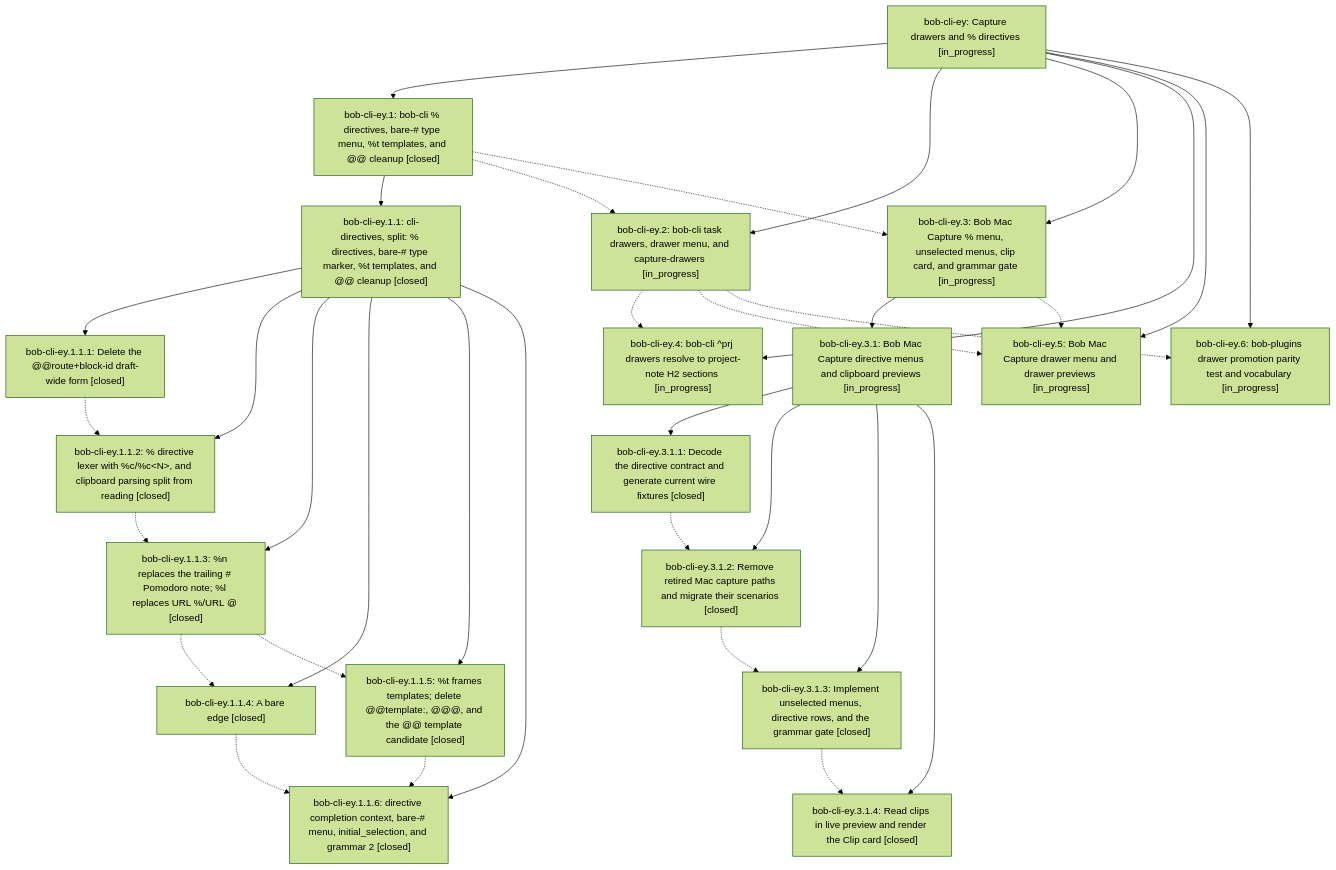
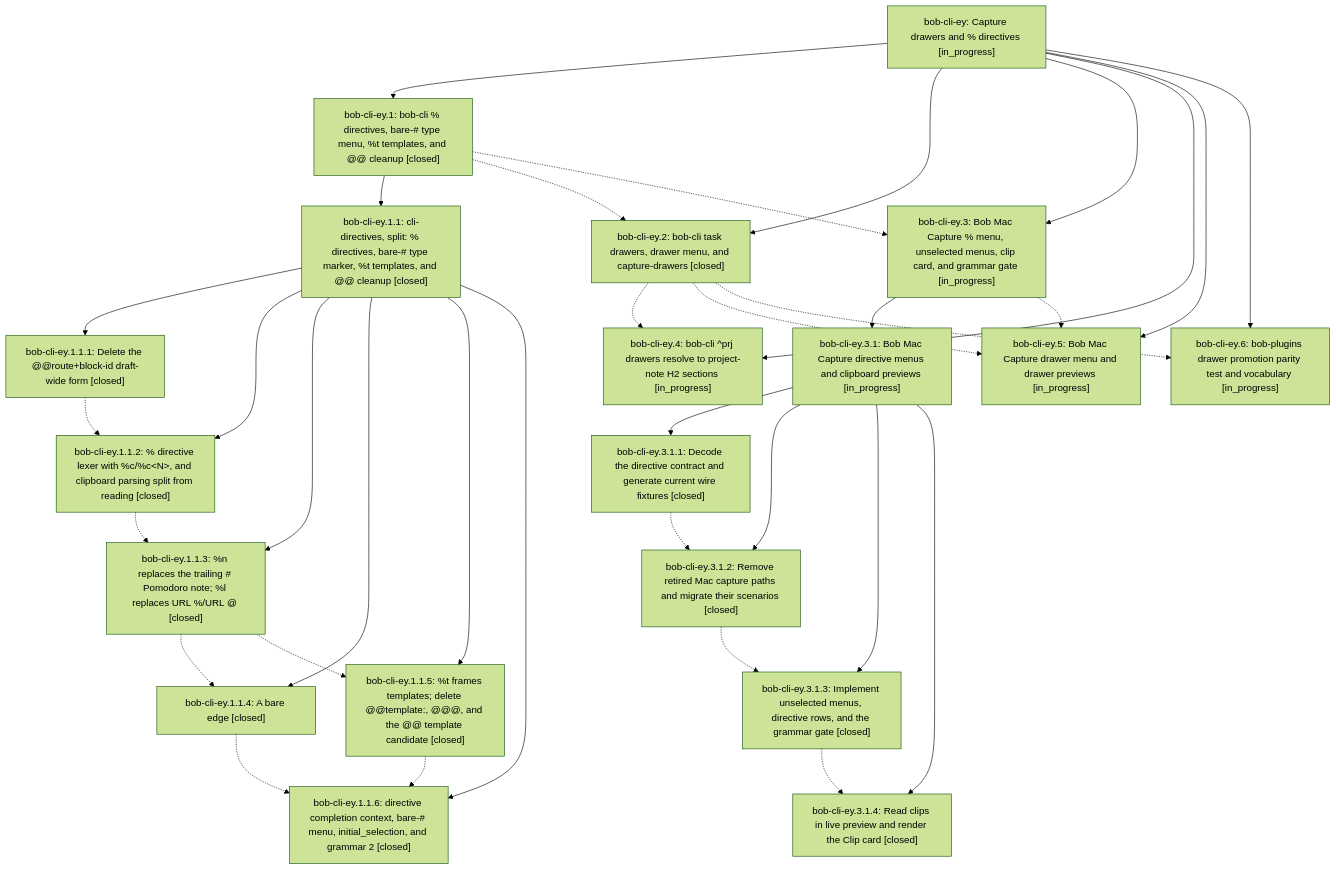
One commit to bobs-org/bob-cli--beads changed the diagram in pages/bob-cli-ey/README.md. Above: the diagram before and after it, drawn with Mermaid (forest theme). The commit also changed other lines of this file and 11 other files, not shown here.

First line of the commit message:
chore(beads): sync bead state and pages for bob-cli-ey

````diff
--- a/pages/bob-cli-ey/README.md
+++ b/pages/bob-cli-ey/README.md
@@ -43,55 +43,55 @@
 ```mermaid
 flowchart TD
     n0["bob-cli-ey: Capture drawers and % directives [in_progress]"]
     n1["bob-cli-ey.1: bob-cli % directives, bare-# type menu, %t templates, and @@ cleanup [closed]"]
     n2["bob-cli-ey.1.1: cli-directives, split: % directives, bare-# type marker, %t templates, and @@ cleanup [closed]"]
     n3["bob-cli-ey.1.1.1: Delete the @@route+block-id draft-wide form [closed]"]
     n4["bob-cli-ey.1.1.2: % directive lexer with %c/%c&lt;N&gt;, and clipboard parsing split from reading [closed]"]
     n5["bob-cli-ey.1.1.3: %n replaces the trailing # Pomodoro note; %l replaces URL %/URL @ [closed]"]
     n6["bob-cli-ey.1.1.4: A bare edge [closed]"]
     n7["bob-cli-ey.1.1.5: %t frames templates; delete @@template:, @@@, and the @@ template candidate [closed]"]
     n8["bob-cli-ey.1.1.6: directive completion context, bare-# menu, initial_selection, and grammar 2 [closed]"]
-    n9["bob-cli-ey.2: bob-cli task drawers, drawer menu, and capture-drawers [in_progress]"]
+    n9["bob-cli-ey.2: bob-cli task drawers, drawer menu, and capture-drawers [closed]"]
     n10["bob-cli-ey.3: Bob Mac Capture % menu, unselected menus, clip card, and grammar gate [in_progress]"]
     n11["bob-cli-ey.3.1: Bob Mac Capture directive menus and clipboard previews [in_progress]"]
     n12["bob-cli-ey.3.1.1: Decode the directive contract and generate current wire fixtures [closed]"]
     n13["bob-cli-ey.3.1.2: Remove retired Mac capture paths and migrate their scenarios [closed]"]
     n14["bob-cli-ey.3.1.3: Implement unselected menus, directive rows, and the grammar gate [closed]"]
     n15["bob-cli-ey.3.1.4: Read clips in live preview and render the Clip card [closed]"]
     n16["bob-cli-ey.4: bob-cli ^prj drawers resolve to project-note H2 sections [in_progress]"]
     n17["bob-cli-ey.5: Bob Mac Capture drawer menu and drawer previews [in_progress]"]
     n18["bob-cli-ey.6: bob-plugins drawer promotion parity test and vocabulary [in_progress]"]
     n0 --> n1
     n1 --> n2
     n2 --> n3
     n2 --> n4
     n2 --> n5
     n2 --> n6
     n2 --> n7
     n2 --> n8
     n0 --> n9
     n0 --> n10
     n10 --> n11
     n11 --> n12
     n11 --> n13
     n11 --> n14
     n11 --> n15
     n0 --> n16
     n0 --> n17
     n0 --> n18
     n1 -.-> n9
     n1 -.-> n10
     n3 -.-> n4
     n4 -.-> n5
     n5 -.-> n6
     n5 -.-> n7
     n6 -.-> n8
     n7 -.-> n8
     n9 -.-> n16
     n9 -.-> n17
     n9 -.-> n18
     n10 -.-> n17
     n12 -.-> n13
     n13 -.-> n14
     n14 -.-> n15
 ```
````
